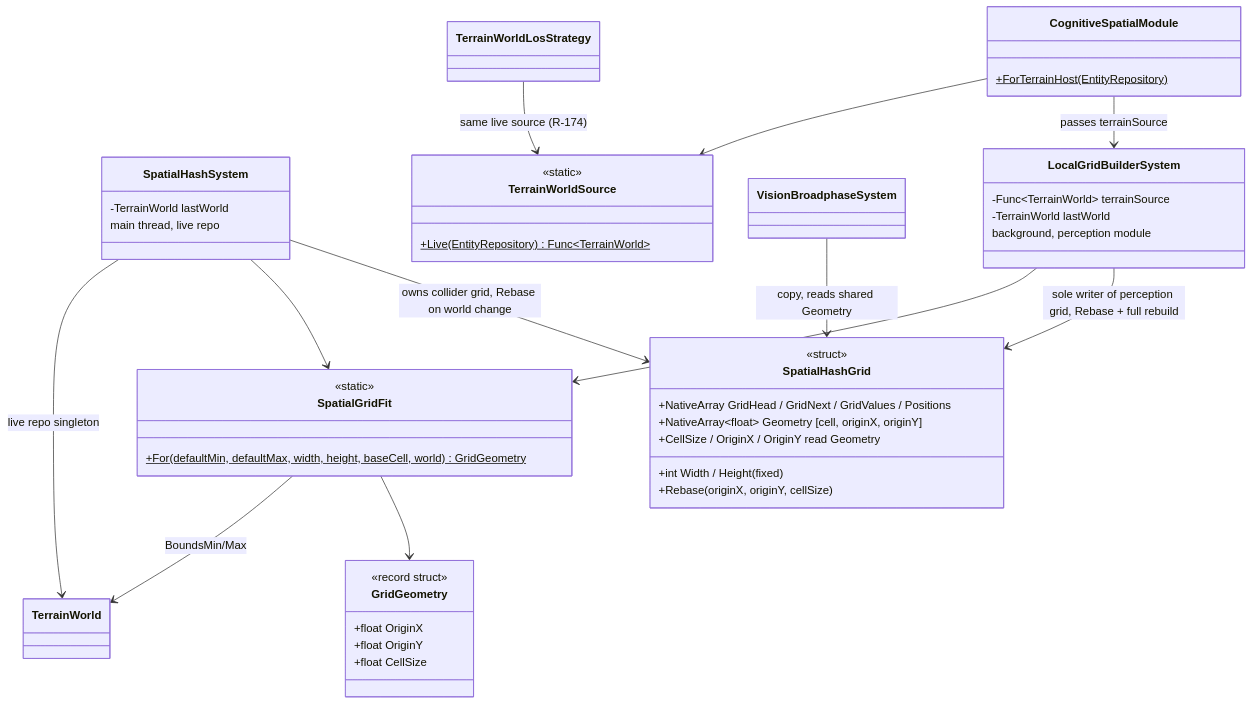
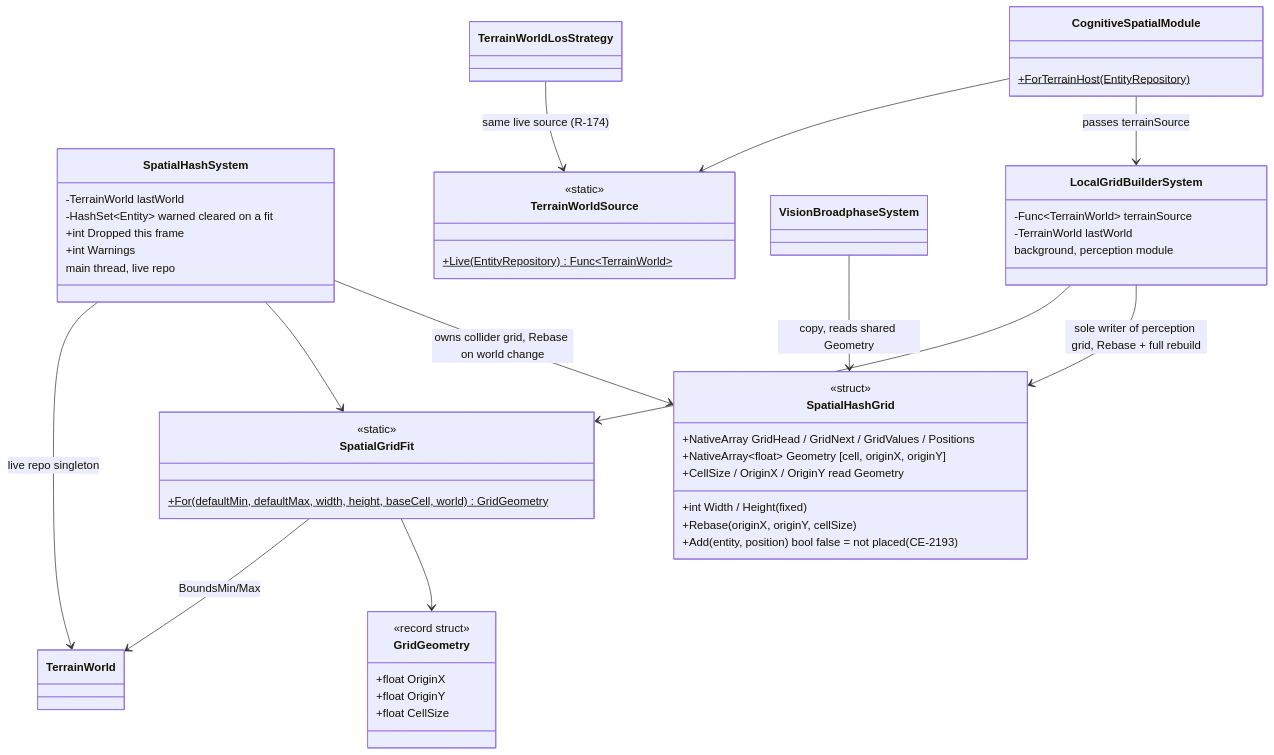
Before and after one commit to pjanec/HROT: the fifth of 8 diagrams in docs/DESIGN_Terrain_World.md, drawn with Mermaid. The commit also changed other lines of this file and 38 other files, not shown here.

````diff
--- a/docs/DESIGN_Terrain_World.md
+++ b/docs/DESIGN_Terrain_World.md
@@ -318,51 +318,55 @@
 ```mermaid
 classDiagram
   class SpatialHashGrid {
     <<struct>>
     +NativeArray GridHead / GridNext / GridValues / Positions
     +NativeArray~float~ Geometry  [cell, originX, originY]
     +int Width / Height  (fixed)
     +CellSize / OriginX / OriginY  read Geometry
     +Rebase(originX, originY, cellSize)
+    +Add(entity, position) bool  false = not placed (CE-2193)
   }
   class SpatialGridFit {
     <<static>>
     +For(defaultMin, defaultMax, width, height, baseCell, world)$ GridGeometry
   }
   class GridGeometry {
     <<record struct>>
     +float OriginX
     +float OriginY
     +float CellSize
   }
   class SpatialHashSystem {
     -TerrainWorld lastWorld
+    -HashSet~Entity~ warned  cleared on a fit
+    +int Dropped  this frame
+    +int Warnings
     main thread, live repo
   }
   class LocalGridBuilderSystem {
     -Func~TerrainWorld~ terrainSource
     -TerrainWorld lastWorld
     background, perception module
   }
   class VisionBroadphaseSystem
   class CognitiveSpatialModule {
     +ForTerrainHost(EntityRepository)$
   }
   class TerrainWorldSource {
     <<static>>
     +Live(EntityRepository)$ Func~TerrainWorld~
   }
   class TerrainWorldLosStrategy
   class TerrainWorld
   SpatialHashSystem --> SpatialHashGrid : owns collider grid, Rebase on world change
   SpatialHashSystem --> SpatialGridFit
   LocalGridBuilderSystem --> SpatialHashGrid : sole writer of perception grid, Rebase + full rebuild
   LocalGridBuilderSystem --> SpatialGridFit
   VisionBroadphaseSystem --> SpatialHashGrid : copy, reads shared Geometry
   SpatialGridFit --> GridGeometry
   SpatialGridFit --> TerrainWorld : BoundsMin/Max
   CognitiveSpatialModule --> LocalGridBuilderSystem : passes terrainSource
   CognitiveSpatialModule --> TerrainWorldSource
   TerrainWorldLosStrategy --> TerrainWorldSource : same live source (R-174)
   SpatialHashSystem --> TerrainWorld : live repo singleton
 ```
````
